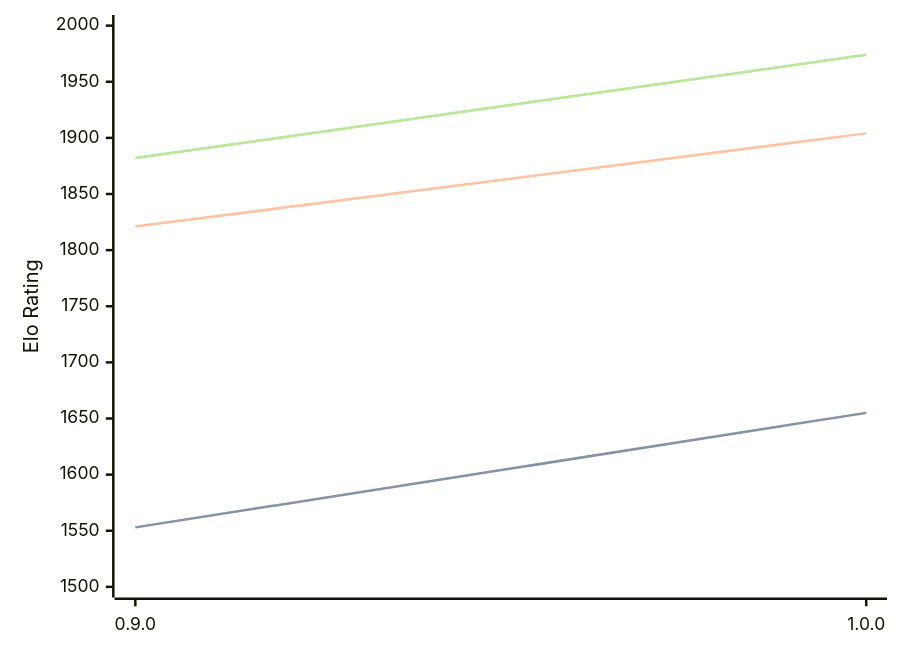
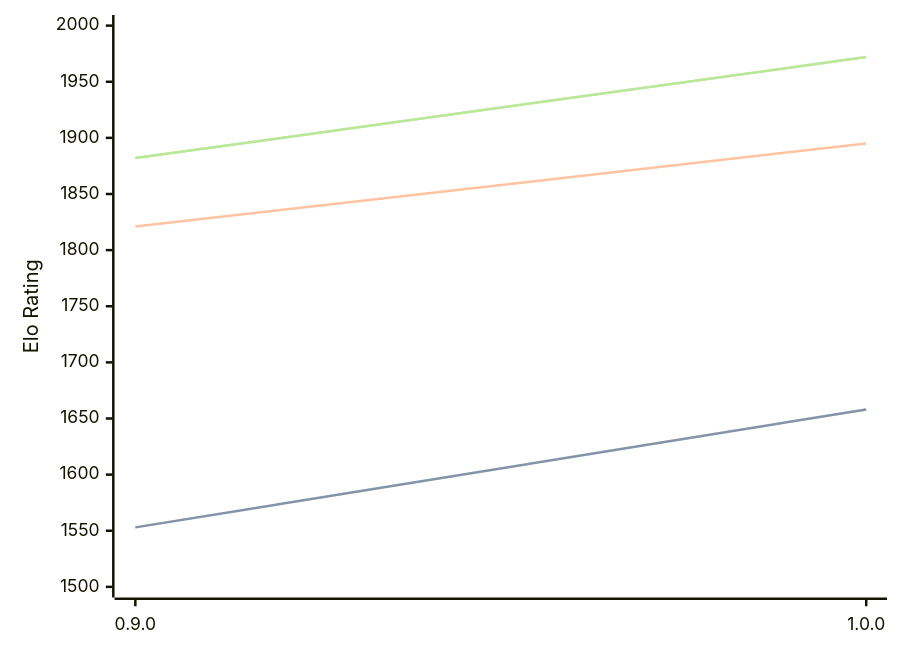
One commit to computer-chess-index/cci changed the diagram in engines/Ratsu.md. Above: the diagram before and after it, drawn with Mermaid. The commit also changed other lines of this file, not shown here.

Commit message:
Update CCI Ratings (ELO VLTC) - 2026-04-11

````diff
--- a/engines/Ratsu.md
+++ b/engines/Ratsu.md
@@ -32,11 +32,11 @@
 ```mermaid
 %%{init: {"theme":"base","themeVariables":{"seriesColors:['#a3a3a3','#222221','#faa371']}}}%%
 xychart-beta
   x-axis ["0.9.0", "1.0.0"]
   y-axis "Elo Rating" 1500 --> 2000
-  line "STC (8.0+0.08s)" [1553, 1655]
-  line "STC (8.0+0.08s)" [1553, 1655]
-  line "LTC (60.0+0.60s)" [1821, 1904]
-  line "VLTC (2m24s+1.12s)" [1882, 1974]
-  line "VLTC (2m24s+1.12s)" [1882, 1974]
+  line "STC (8.0+0.08s)" [1553, 1658]
+  line "STC (8.0+0.08s)" [1553, 1658]
+  line "LTC (60.0+0.60s)" [1821, 1895]
+  line "VLTC (2m24s+1.12s)" [1882, 1972]
+  line "VLTC (2m24s+1.12s)" [1882, 1972]
 ```
````
